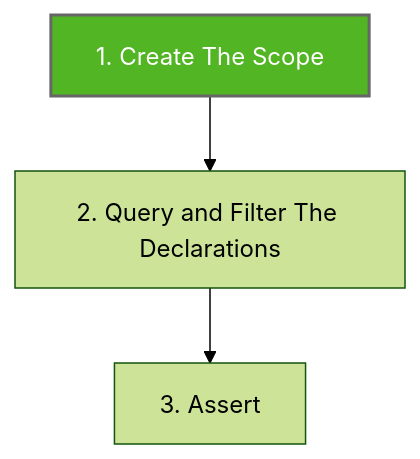
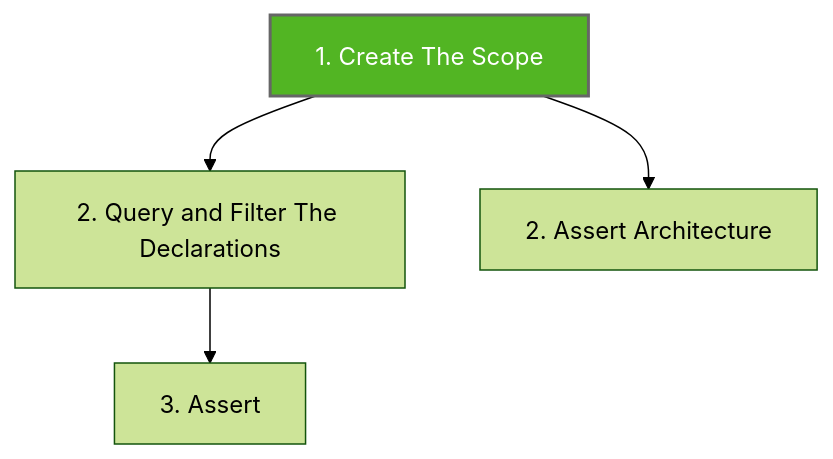
One commit to LemonAppDev/konsist-documentation changed the first of 2 diagrams in writing-tests/koscope.md. Above: the diagram before and after it, drawn with Mermaid. The commit also changed other lines of this file and 6 other files, not shown here.

````diff
--- a/writing-tests/koscope.md
+++ b/writing-tests/koscope.md
@@ -9,8 +9,11 @@
 ```mermaid
 %%{init: {'theme':'forest'}}%%
 flowchart TB
-    Step1["1. Create The Scope"]-->Step2
-    Step2["2. Query and Filter The Declarations"]-->Step3
-    Step3["3. Assert"]
+    Step1["1. Create The Scope"]-->StepD2
+    Step1["1. Create The Scope"]-->StepA2
+    StepD2["2. Query and Filter The Declarations"]-->StepD3
+    StepD3["3. Assert"]
+    StepA2["2. Assert Architecture"]
     style Step1 fill:#52B523,stroke:#666,stroke-width:2px,color:#fff
+
 ```
````
